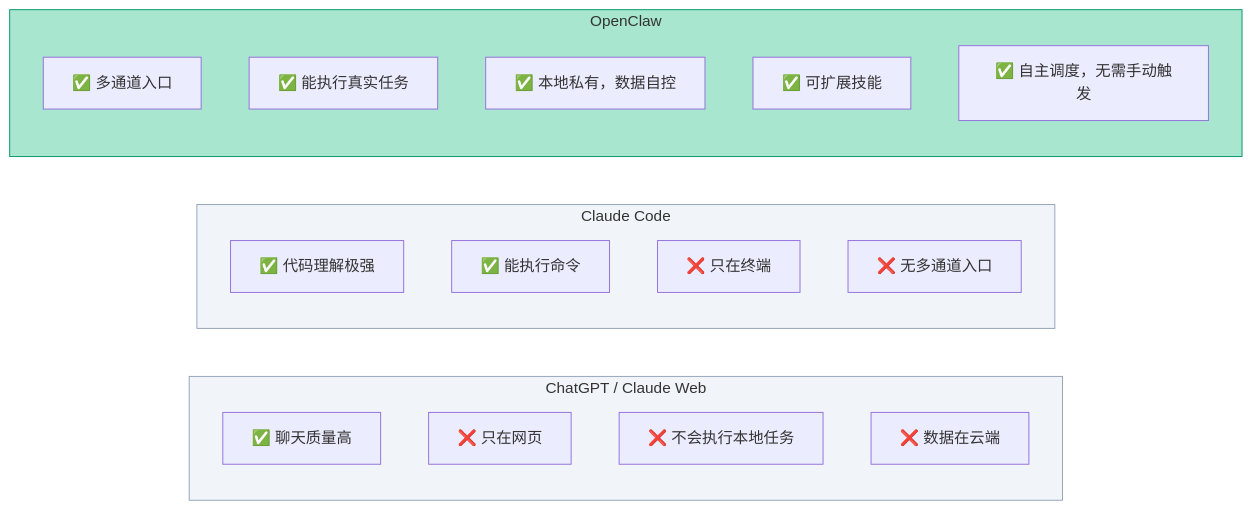
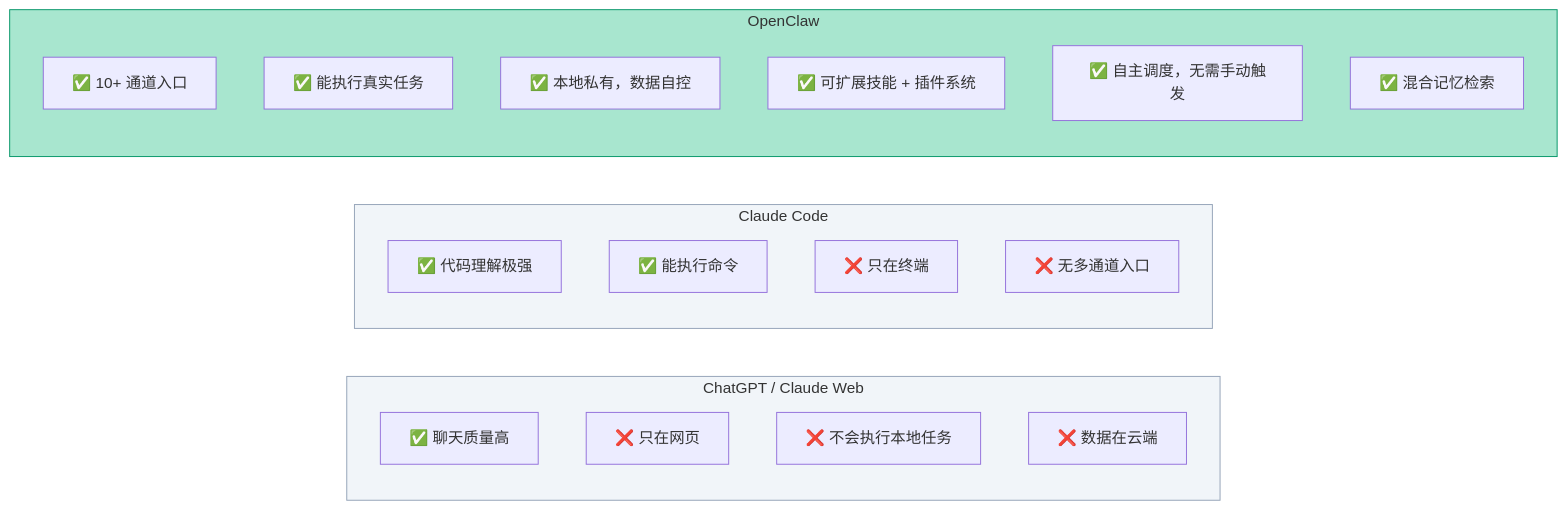
The fifth of 23 diagrams in AI/openClaw/OpenClaw从零认知.md (shinegz/Notes), drawn with Mermaid before and after one commit. The commit also changed other lines of this file and 4 other files, not shown here.

````diff
--- a/AI/openClaw/OpenClaw从零认知.md
+++ b/AI/openClaw/OpenClaw从零认知.md
@@ -312,29 +336,30 @@
 ```mermaid
 flowchart LR
   subgraph chatgpt["ChatGPT / Claude Web"]
     direction TB
     CGP1["✅ 聊天质量高"]
     CGP2["❌ 只在网页"]
     CGP3["❌ 不会执行本地任务"]
     CGP4["❌ 数据在云端"]
   end
   subgraph claudecode["Claude Code"]
     direction TB
     CC1["✅ 代码理解极强"]
     CC2["✅ 能执行命令"]
     CC3["❌ 只在终端"]
     CC4["❌ 无多通道入口"]
   end
   subgraph openclaw["OpenClaw"]
     direction TB
-    OC1["✅ 多通道入口"]
+    OC1["✅ 10+ 通道入口"]
     OC2["✅ 能执行真实任务"]
     OC3["✅ 本地私有，数据自控"]
-    OC4["✅ 可扩展技能"]
+    OC4["✅ 可扩展技能 + 插件系统"]
     OC5["✅ 自主调度，无需手动触发"]
+    OC6["✅ 混合记忆检索"]
   end
 
   style chatgpt fill:#f1f5f9,stroke:#94a3b8
   style claudecode fill:#f1f5f9,stroke:#94a3b8
   style openclaw fill:#a8e6cf,stroke:#059669
 ```
````
